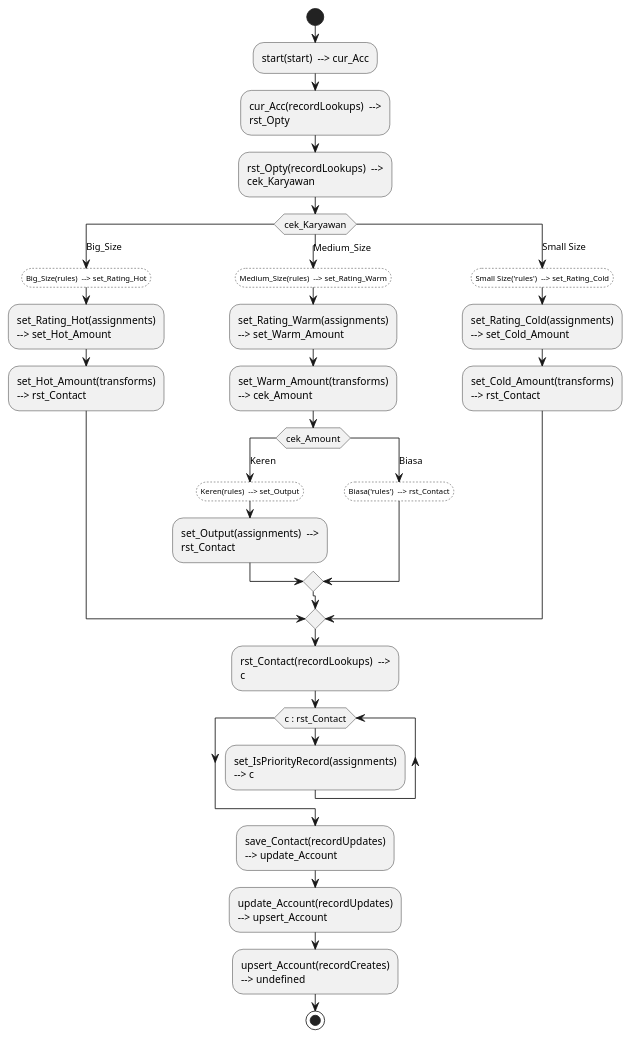
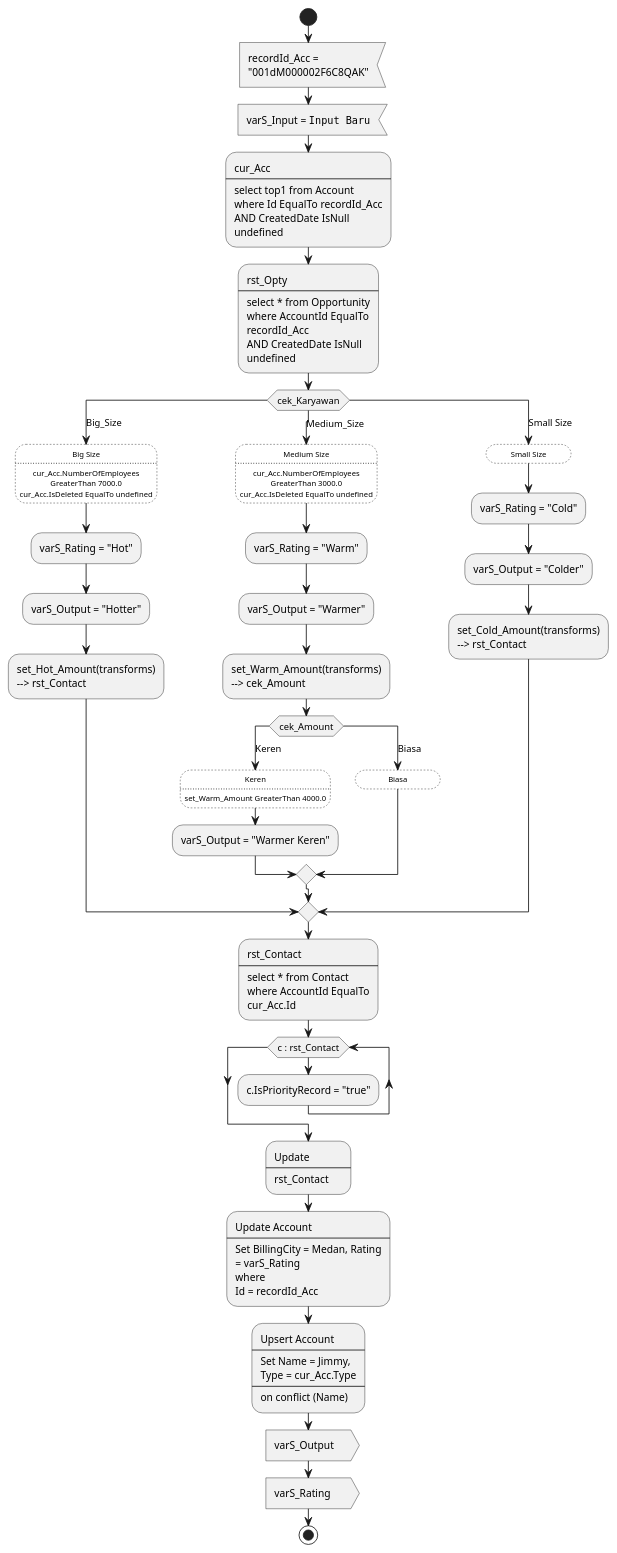
One commit to jimmytobing/meta_to_puml changed the diagram in Apate.flow-meta.puml. Above: the diagram before and after it, drawn with PlantUML. The commit also changed 2 other files, not shown here.

```diff
--- a/Apate.flow-meta.puml
+++ b/Apate.flow-meta.puml
@@ -1,49 +1,86 @@
 @startuml
 <style>
     element {
         MinimumWidth 100
         MaximumWidth 180
     }
     .kondisi {
         FontSize 9
         Padding 5
         LineStyle 2
         BackGroundColor transparent
         HorizontalAlignment center
     }
 </style>
 skinparam defaultFontName "verdana"
 start
-:start(start)  --> cur_Acc;
-:cur_Acc(recordLookups)  --> rst_Opty;
-:rst_Opty(recordLookups)  --> cek_Karyawan;
+:recordId_Acc = "001dM000002F6C8QAK";<<input>>
+:varS_Input = ""Input Baru"";<<input>>
+
+:cur_Acc 
+----
+select top1 from Account 
+where Id EqualTo recordId_Acc
+AND CreatedDate IsNull undefined;
+:rst_Opty 
+----
+select * from Opportunity 
+where AccountId EqualTo recordId_Acc
+AND CreatedDate IsNull undefined;
 switch (cek_Karyawan)
 case (Big_Size)
-	:Big_Size(rules)  --> set_Rating_Hot;<<kondisi>>
-	:set_Rating_Hot(assignments)  --> set_Hot_Amount;
+	:Big Size
+....
+cur_Acc.NumberOfEmployees GreaterThan 7000.0
+cur_Acc.IsDeleted EqualTo undefined;<<kondisi>>
+	:varS_Rating = "Hot";
+:varS_Output = "Hotter";
 	:set_Hot_Amount(transforms)  --> rst_Contact;
 case (Medium_Size)
-	:Medium_Size(rules)  --> set_Rating_Warm;<<kondisi>>
-	:set_Rating_Warm(assignments)  --> set_Warm_Amount;
+	:Medium Size
+....
+cur_Acc.NumberOfEmployees GreaterThan 3000.0
+cur_Acc.IsDeleted EqualTo undefined;<<kondisi>>
+	:varS_Rating = "Warm";
+:varS_Output = "Warmer";
 	:set_Warm_Amount(transforms)  --> cek_Amount;
 	switch (cek_Amount)
 case (Keren)
-	:Keren(rules)  --> set_Output;<<kondisi>>
-	:set_Output(assignments)  --> rst_Contact;
+	:Keren
+....
+set_Warm_Amount GreaterThan 4000.0;<<kondisi>>
+	:varS_Output = "Warmer Keren";
 case (Biasa)
-	:Biasa('rules')  --> rst_Contact;<<kondisi>>
+	:Biasa;<<kondisi>>
 endswitch
 case (Small Size)
-	:Small Size('rules')  --> set_Rating_Cold;<<kondisi>>
-	:set_Rating_Cold(assignments)  --> set_Cold_Amount;
+	:Small Size;<<kondisi>>
+	:varS_Rating = "Cold";
+:varS_Output = "Colder";
 	:set_Cold_Amount(transforms)  --> rst_Contact;
 endswitch
-:rst_Contact(recordLookups)  --> c;
+:rst_Contact 
+----
+select * from Contact 
+where AccountId EqualTo cur_Acc.Id;
 while(c : rst_Contact)
-	:set_IsPriorityRecord(assignments)  --> c;
+	:c.IsPriorityRecord = "true";
 endwhile
-:save_Contact(recordUpdates)  --> update_Account;
-:update_Account(recordUpdates)  --> upsert_Account;
-:upsert_Account(recordCreates)  --> undefined;
+:Update 
+----
+rst_Contact;
+:Update Account 
+----
+Set BillingCity = Medan, Rating = varS_Rating
+where 
+Id = recordId_Acc;
+:Upsert Account 
+----
+Set Name = Jimmy,
+Type = cur_Acc.Type
+----
+on conflict (Name);
+:varS_Output;<<output>>
+:varS_Rating;<<output>>
 stop
 @enduml
```
